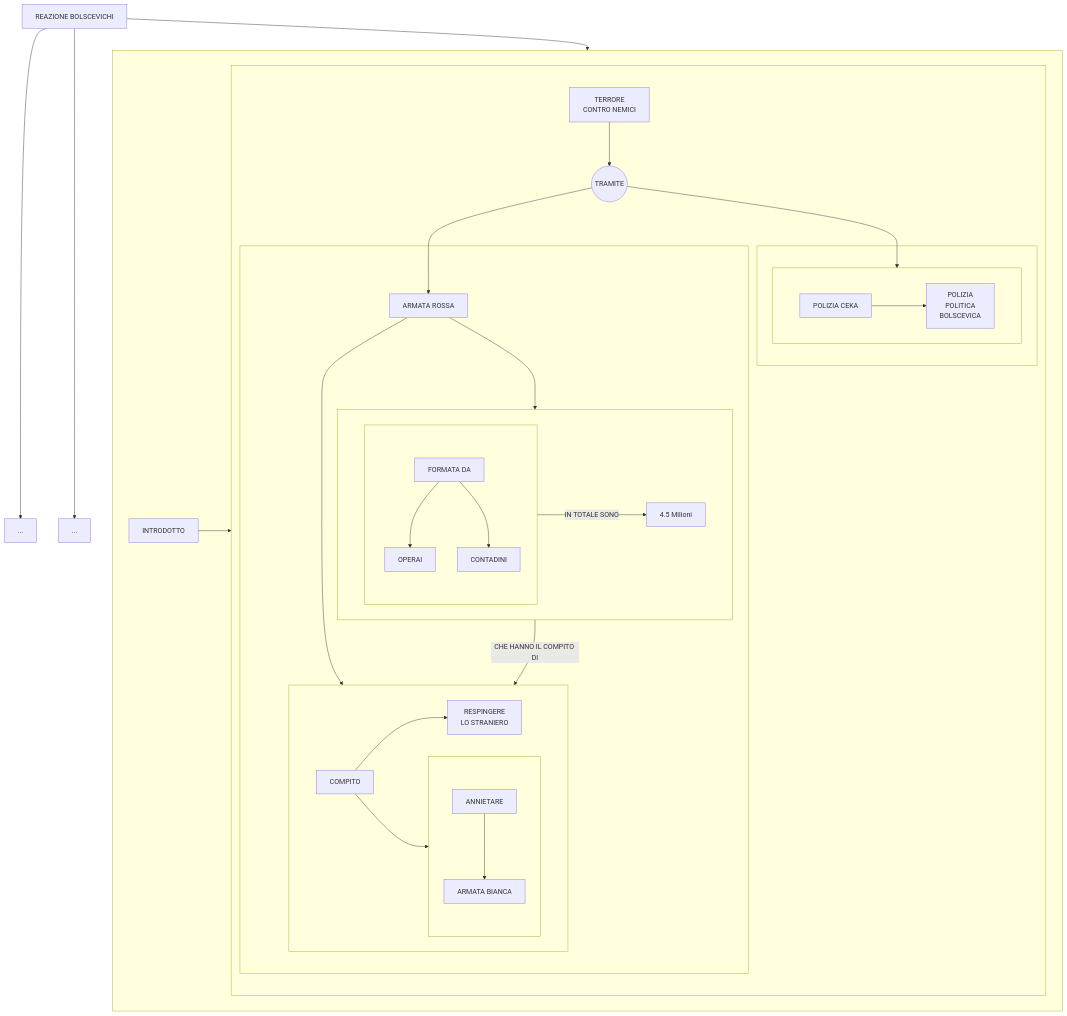
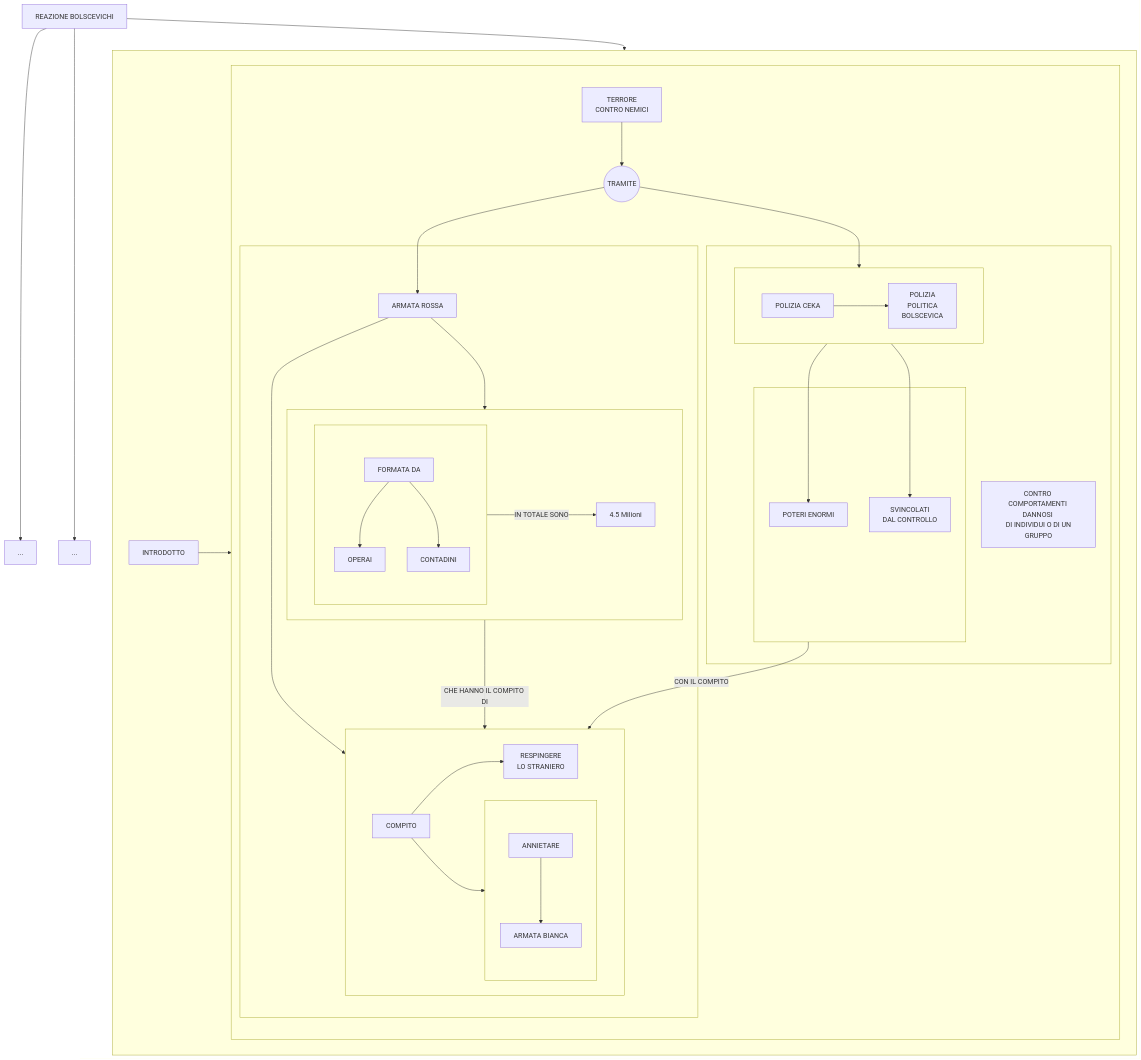
Before and after one commit to Laaouatni/ricerca-storia-MermaidJS: the ninth of 9 diagrams in stalinismo.md, drawn with Mermaid.

````diff
--- a/stalinismo.md
+++ b/stalinismo.md
@@ -422,48 +422,56 @@
 ```mermaid
 flowchart TB
     0[REAZIONE BOLSCEVICHI]
     1[...]
     2[...]
     subgraph 3[" "]
         30[INTRODOTTO]
         subgraph 31[" "]
             310[TERRORE <BR> CONTRO NEMICI]
             311((TRAMITE))
             subgraph 314[" "]
                 312[ARMATA ROSSA]
                 subgraph 41[" "]
                     subgraph 4[" "]
                         40[FORMATA DA]
                         400[OPERAI]
                         401[CONTADINI]
                         40 --> 400 & 401
                     end
                     410[4.5 Milioni]
                     4 -->|IN TOTALE SONO| 410
                 end
                 subgraph 42[" "]
                     420[COMPITO]
                     4200[RESPINGERE <br> LO STRANIERO]
                     subgraph 4201[" "]
                         42010[ANNIETARE]
                         42011[ARMATA BIANCA]
                         42010 --> 42011
                     end
                     420 --> 4200 & 4201
                 end
                 312 --> 41 & 42
                 41 -->|CHE HANNO IL COMPITO DI| 42
             end
             subgraph 315[" "]
                 subgraph 3150[" "]
                     313[POLIZIA CEKA]
                     3130[POLIZIA <br> POLITICA <br> BOLSCEVICA]
                     313 --> 3130
                 end
+                subgraph 5[" "]
+                    50[POTERI ENORMI]
+                    51[SVINCOLATI <br> DAL CONTROLLO]
+                end
+                3150 --> 50 & 51
+                5 -->|CON IL COMPITO| 42
+
+                60[CONTRO COMPORTAMENTI DANNOSI <br> DI INDIVIDUI O DI UN GRUPPO]
             end
             310 --> 311 --> 312 & 3150
         end
         30 --> 31
     end
     0 --> 1 & 2 & 3
 ```
````
